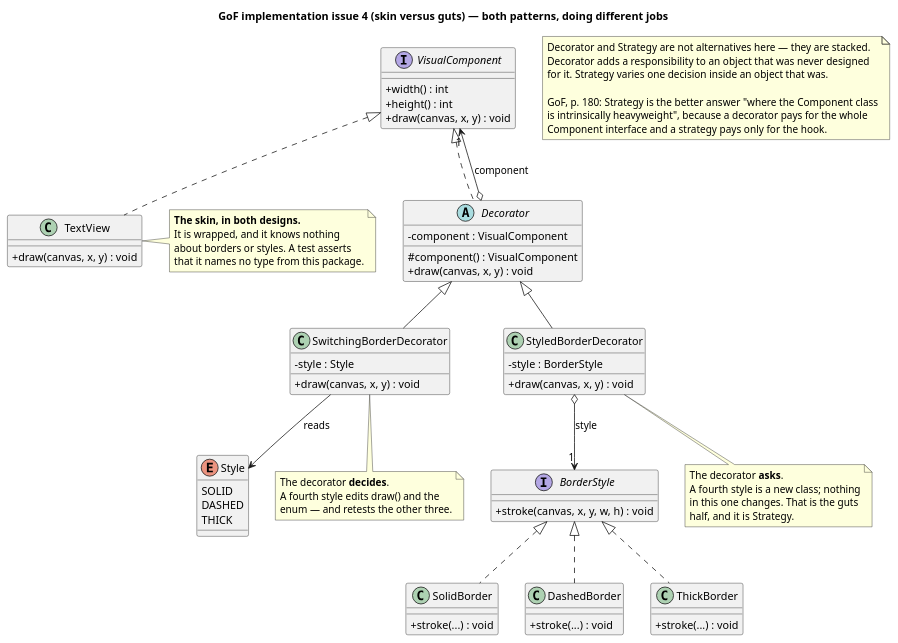
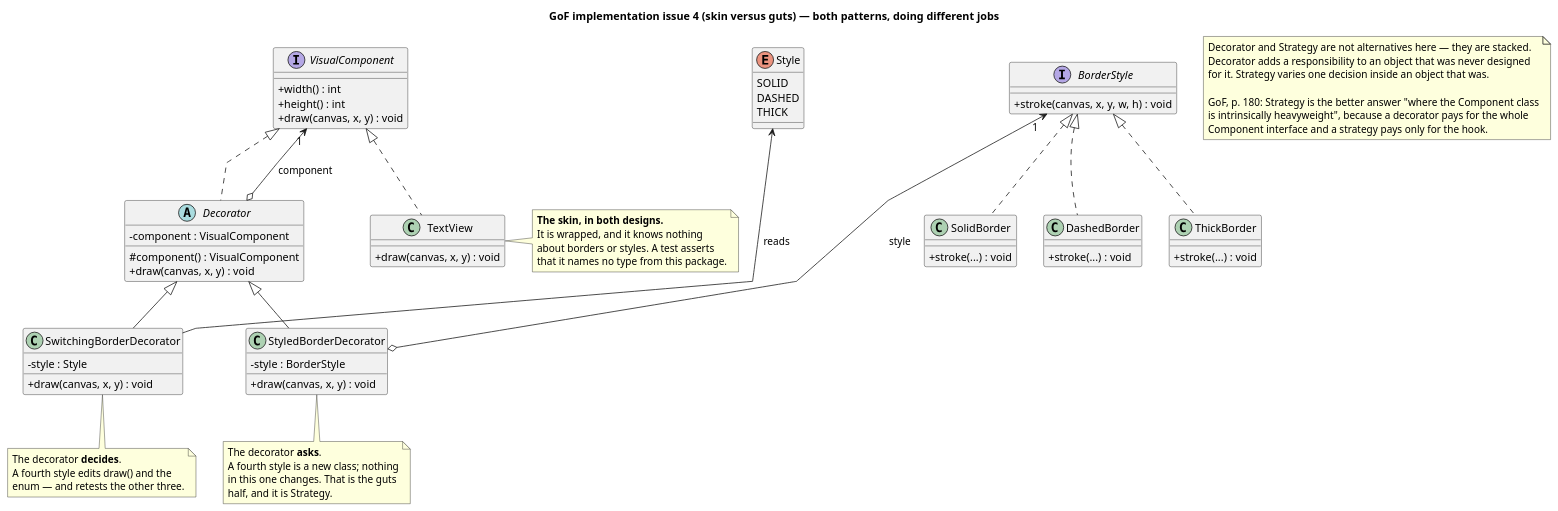
The diagram in src/main/java/dev/kaldiroglu/dp/structural/decorator/gof/visual/skinandguts/uml/decorator-visual-skin-and-guts.puml (kaldiroglu/DesignPatternsWithJava), drawn with PlantUML before and after one commit. The commit also changed 145 other files, not shown here.

Commit message:
Structural diagrams: each parent above and centered over its children, on one row, with straight lines; pm and pluggable adapter diagrams name the current methods and classes

```diff
--- a/src/main/java/dev/kaldiroglu/dp/structural/decorator/gof/visual/skinandguts/uml/decorator-visual-skin-and-guts.puml
+++ b/src/main/java/dev/kaldiroglu/dp/structural/decorator/gof/visual/skinandguts/uml/decorator-visual-skin-and-guts.puml
@@ -1,95 +1,117 @@
 @startuml Decorator-Visual-Skin-And-Guts
+skinparam linetype polyline
+skinparam class {
+  BackgroundColor<<spacer>> transparent
+  BorderColor<<spacer>> transparent
+  FontColor<<spacer>> transparent
+}
+hide <<spacer>> stereotype
+hide <<spacer>> circle
 skinparam classAttributeIconSize 0
 title GoF implementation issue 4 (skin versus guts) — both patterns, doing different jobs
 
 interface VisualComponent {
   + width() : int
   + height() : int
   + draw(canvas, x, y) : void
 }
 
 class TextView {
   + draw(canvas, x, y) : void
 }
 
 abstract class Decorator {
   - component : VisualComponent
   # component() : VisualComponent
   + draw(canvas, x, y) : void
 }
 
 VisualComponent <|.. TextView
 VisualComponent <|.. Decorator
-Decorator o--> "1" VisualComponent : component
 
 class SwitchingBorderDecorator {
   - style : Style
   + draw(canvas, x, y) : void
 }
 
 enum Style {
   SOLID
   DASHED
   THICK
 }
 
 class StyledBorderDecorator {
   - style : BorderStyle
   + draw(canvas, x, y) : void
 }
 
 interface BorderStyle {
   + stroke(canvas, x, y, w, h) : void
 }
 
 class SolidBorder {
   + stroke(...) : void
 }
 
 class DashedBorder {
   + stroke(...) : void
 }
 
 class ThickBorder {
   + stroke(...) : void
 }
 
 Decorator <|-- SwitchingBorderDecorator
 Decorator <|-- StyledBorderDecorator
-SwitchingBorderDecorator --> Style : reads
-StyledBorderDecorator o--> "1" BorderStyle : style
 BorderStyle <|.. SolidBorder
 BorderStyle <|.. DashedBorder
 BorderStyle <|.. ThickBorder
 
 note right of TextView
   **The skin, in both designs.**
   It is wrapped, and it knows nothing
   about borders or styles. A test asserts
   that it names no type from this package.
 end note
 
 note bottom of SwitchingBorderDecorator
   The decorator **decides**.
   A fourth style edits draw() and the
   enum — and retests the other three.
 end note
 
 note bottom of StyledBorderDecorator
   The decorator **asks**.
   A fourth style is a new class; nothing
   in this one changes. That is the guts
   half, and it is Strategy.
 end note
 
 note as N1
   Decorator and Strategy are not alternatives here — they are stacked.
   Decorator adds a responsibility to an object that was never designed
   for it. Strategy varies one decision inside an object that was.
 
   GoF, p. 180: Strategy is the better answer "where the Component class
   is intrinsically heavyweight", because a decorator pays for the whole
   Component interface and a strategy pays only for the hook.
 end note
 
+class " " as Spacer1 <<spacer>>
+VisualComponent -[hidden]- Spacer1
+VisualComponent -[hidden]- Spacer1
+Decorator -[hidden]right- Spacer1
+Spacer1 -[hidden]right- TextView
+class " " as Spacer2 <<spacer>>
+Decorator -[hidden]- Spacer2
+Decorator -[hidden]- Spacer2
+SwitchingBorderDecorator -[hidden]right- Spacer2
+Spacer2 -[hidden]right- StyledBorderDecorator
+BorderStyle -[hidden]- DashedBorder
+BorderStyle -[hidden]- DashedBorder
+SolidBorder -[hidden]right- DashedBorder
+DashedBorder -[hidden]right- ThickBorder
+Decorator o-[norank]-> "1" VisualComponent : component
+SwitchingBorderDecorator -[norank]-> Style : reads
+StyledBorderDecorator o-[norank]-> "1" BorderStyle : style
 @enduml
```
